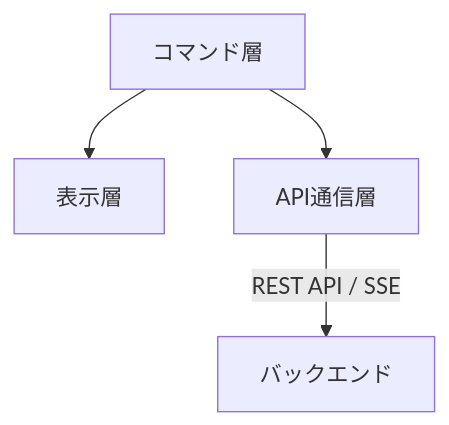
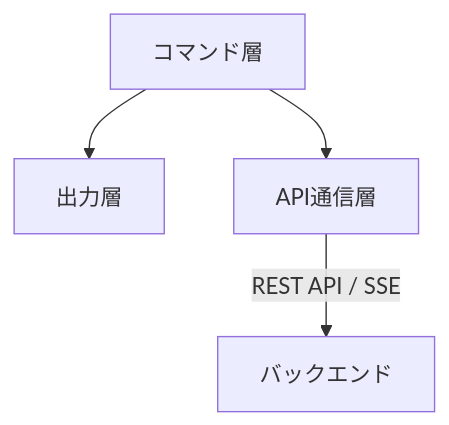
Before and after one commit to ryuma-1/Campass: the fourth of 6 diagrams in docs/basic_design.md, drawn with Mermaid. The commit also changed other lines of this file and 8 other files, not shown here.

````diff
--- a/docs/basic_design.md
+++ b/docs/basic_design.md
@@ -107,10 +108,10 @@
 ```mermaid
 graph TD
     Cmd[コマンド層]
-    Render[表示層]
+    Render[出力層]
     API[API通信層]
 
     Cmd --> API
     Cmd --> Render
     API -->|"REST API / SSE"| BE[バックエンド]
 ```
````
